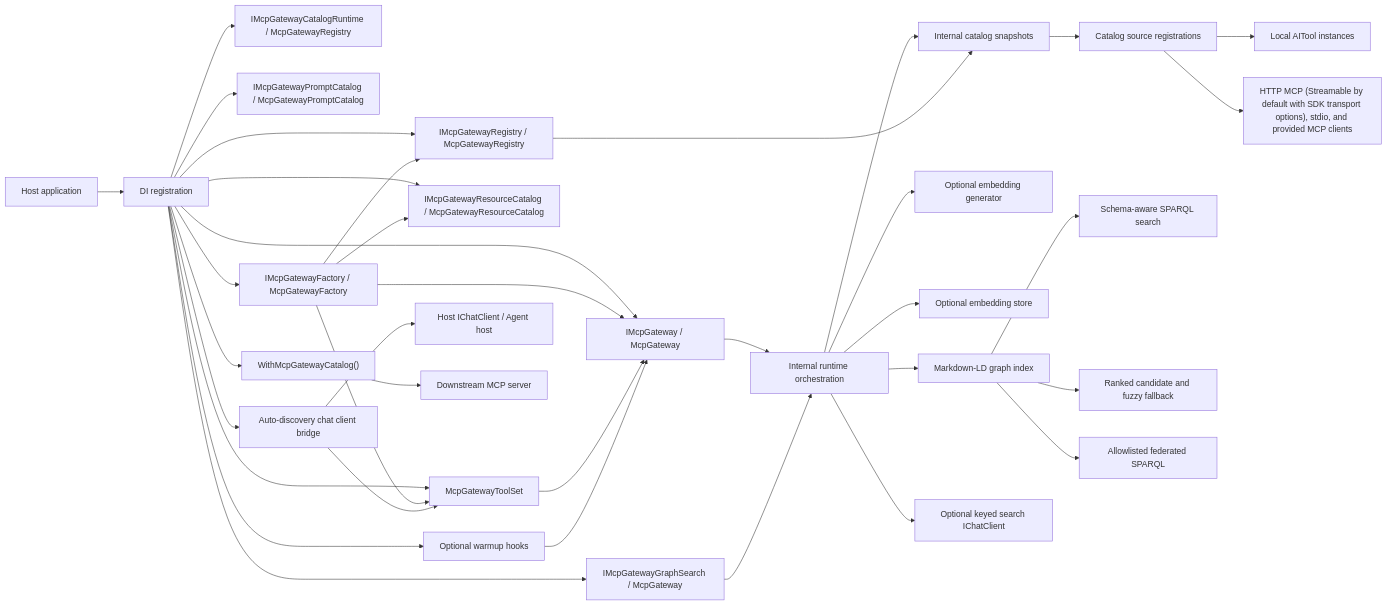
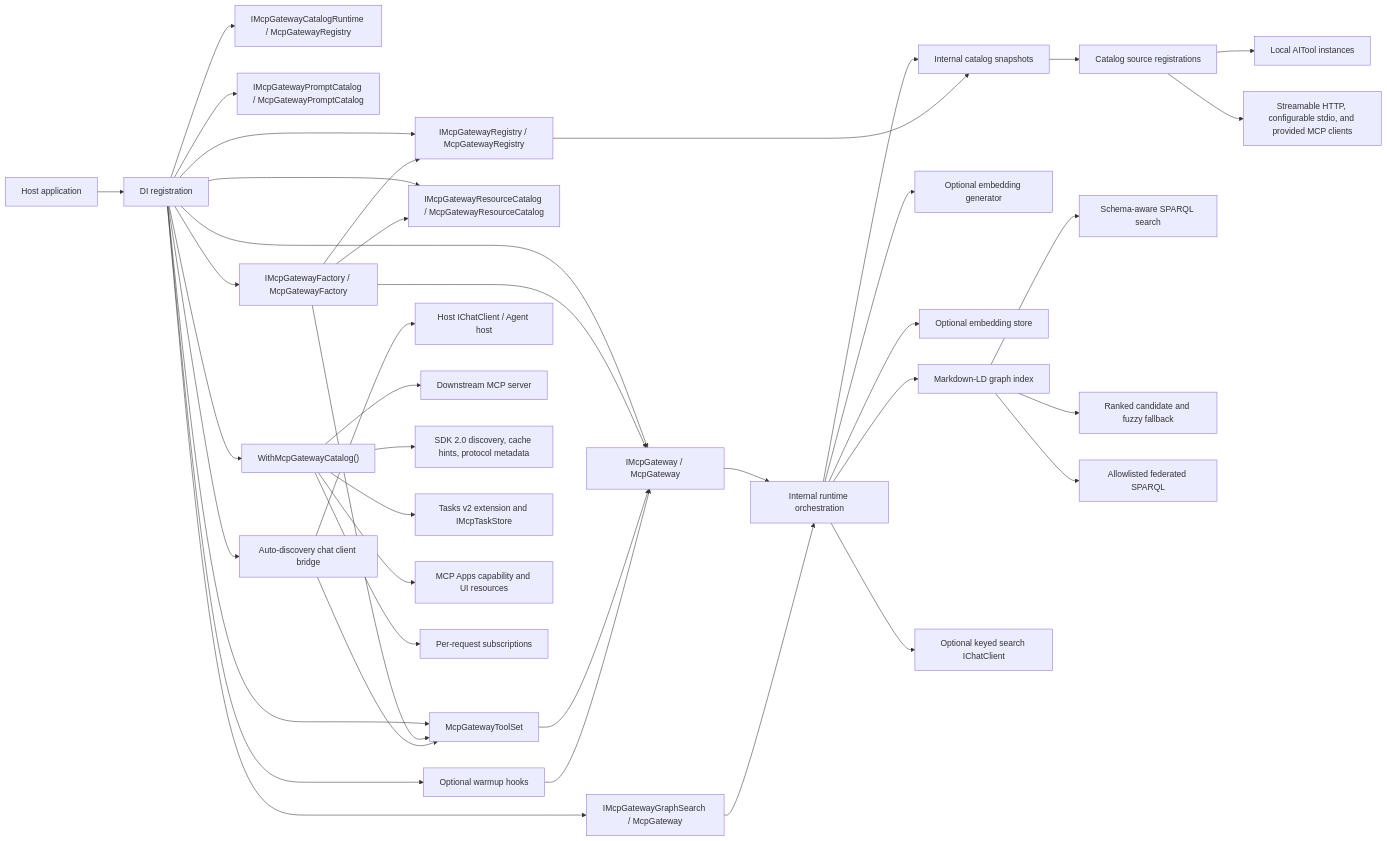
The second of 4 diagrams in docs/Architecture/Overview.md (managedcode/MCPGateway), drawn with Mermaid before and after one commit. The commit also changed other lines of this file and 95 other files, not shown here.

Commit message:
Adopt MCP SDK 2.0 current contracts

````diff
--- a/docs/Architecture/Overview.md
+++ b/docs/Architecture/Overview.md
@@ -65,38 +65,42 @@
 ```mermaid
 flowchart LR
     Host["Host application"] --> DI["DI registration"]
     DI --> Facade["IMcpGateway / McpGateway"]
     DI --> Registry["IMcpGatewayRegistry / McpGatewayRegistry"]
     DI --> CatalogRuntime["IMcpGatewayCatalogRuntime / McpGatewayRegistry"]
     DI --> GraphSearch["IMcpGatewayGraphSearch / McpGateway"]
     DI --> PromptCatalog["IMcpGatewayPromptCatalog / McpGatewayPromptCatalog"]
     DI --> ResourceCatalog["IMcpGatewayResourceCatalog / McpGatewayResourceCatalog"]
     DI --> Factory["IMcpGatewayFactory / McpGatewayFactory"]
     DI --> ToolSet["McpGatewayToolSet"]
     DI --> McpServerExport["WithMcpGatewayCatalog()"]
     DI --> AutoDiscovery["Auto-discovery chat client bridge"]
     DI --> Warmup["Optional warmup hooks"]
     Factory --> Facade
     Factory --> Registry
     Factory --> ResourceCatalog
     Factory --> ToolSet
     ToolSet --> Facade
     AutoDiscovery --> ToolSet
     AutoDiscovery --> HostChat["Host IChatClient / Agent host"]
     Warmup --> Facade
     Facade --> Runtime["Internal runtime orchestration"]
     GraphSearch --> Runtime
     Runtime --> Catalog["Internal catalog snapshots"]
     Registry --> Catalog
     Catalog --> Sources["Catalog source registrations"]
     Sources --> Local["Local AITool instances"]
-    Sources --> MCP["HTTP MCP (Streamable by default with SDK transport options), stdio, and provided MCP clients"]
+    Sources --> MCP["Streamable HTTP, configurable stdio, and provided MCP clients"]
     McpServerExport --> ExportedMcp["Downstream MCP server"]
+    McpServerExport --> SdkCore["SDK 2.0 discovery, cache hints, protocol metadata"]
+    McpServerExport --> Tasks["Tasks v2 extension and IMcpTaskStore"]
+    McpServerExport --> Apps["MCP Apps capability and UI resources"]
+    McpServerExport --> Subscriptions["Per-request subscriptions"]
     Runtime --> Embedder["Optional embedding generator"]
     Runtime --> Store["Optional embedding store"]
     Runtime --> Graph["Markdown-LD graph index"]
     Graph --> SchemaSparql["Schema-aware SPARQL search"]
     Graph --> RankedCandidates["Ranked candidate and fuzzy fallback"]
     Graph --> FederatedSparql["Allowlisted federated SPARQL"]
     Runtime --> Normalizer["Optional keyed search IChatClient"]
 ```
````
